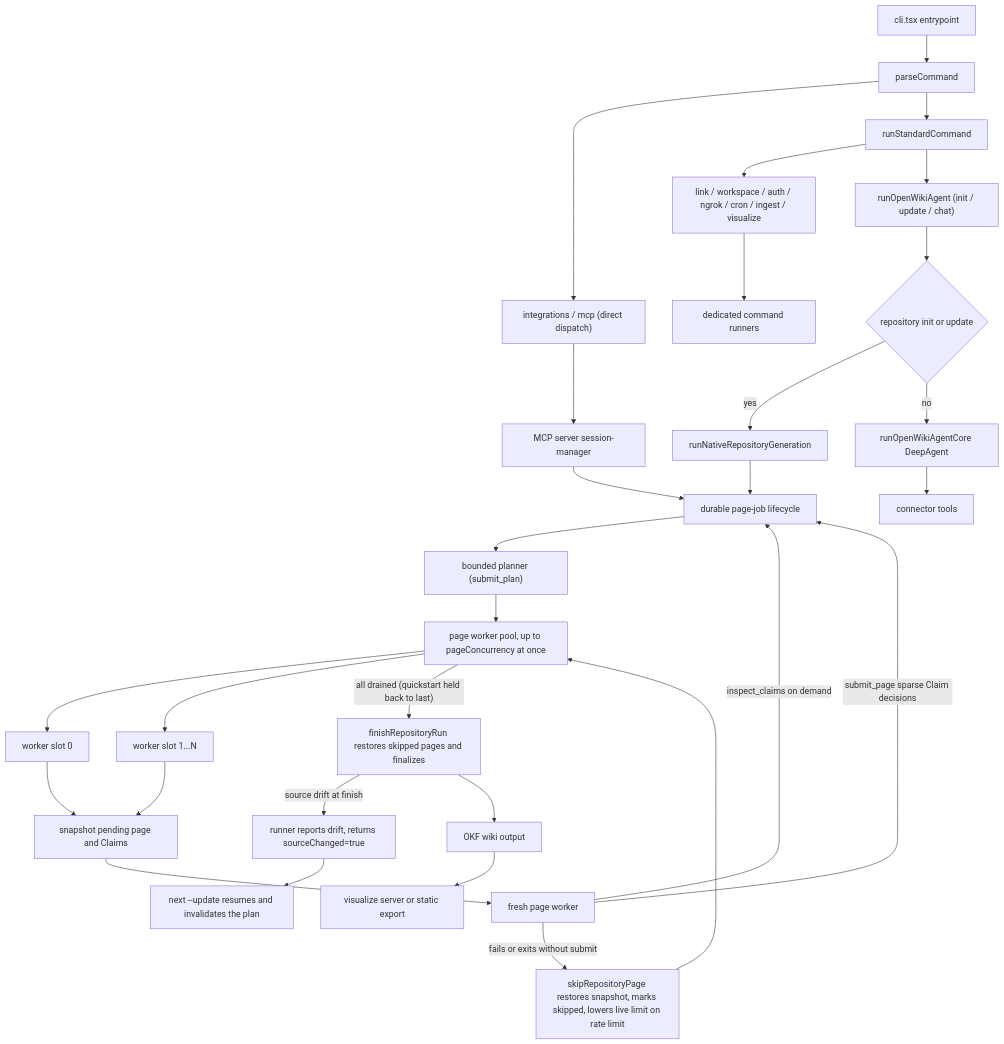
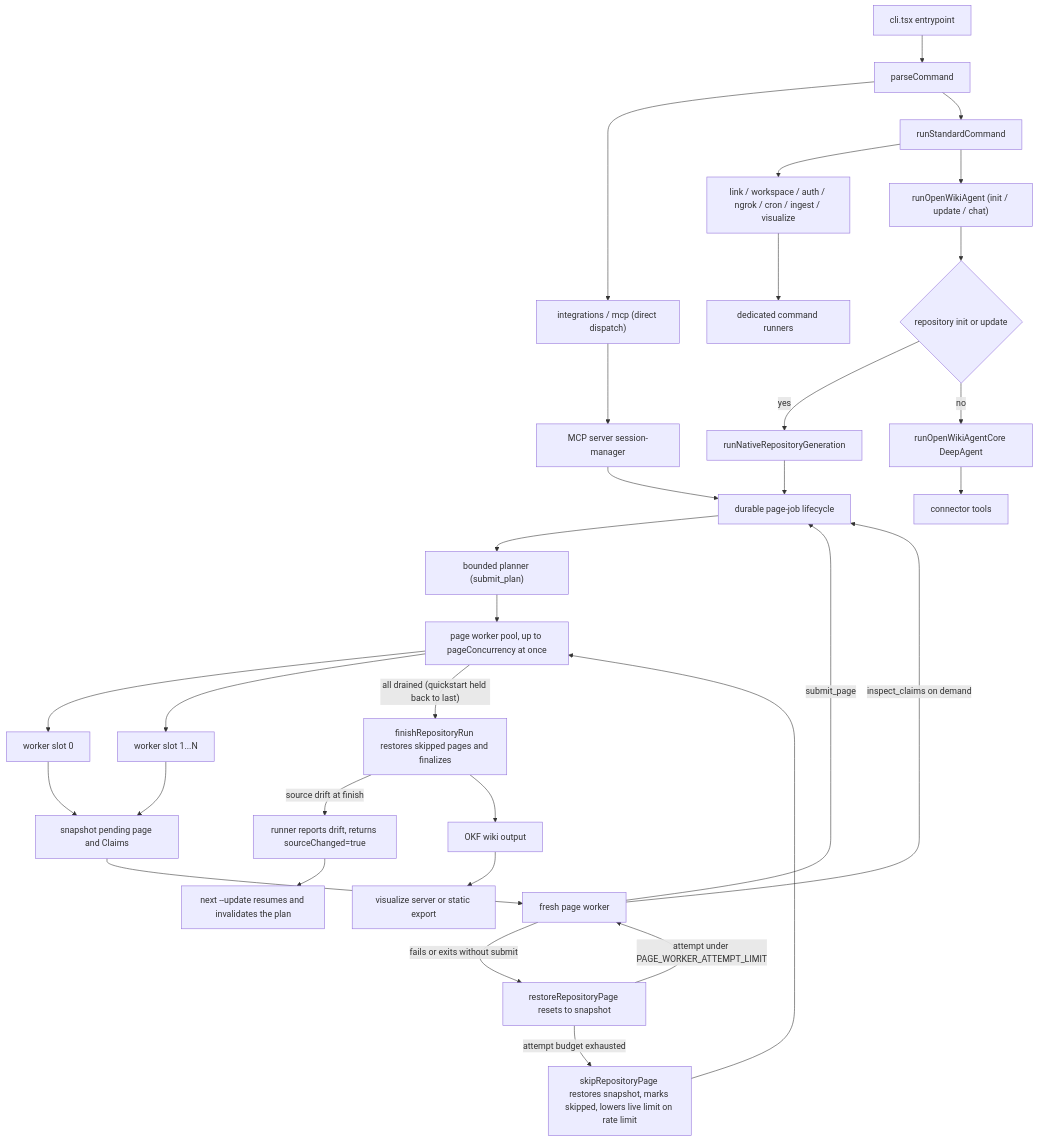
Before and after one commit to langchain-ai/openwiki: the first of 2 diagrams in openwiki/architecture/overview.md, drawn with Mermaid. The commit also changed other lines of this file and 48 other files, not shown here.

````diff
--- a/openwiki/architecture/overview.md
+++ b/openwiki/architecture/overview.md
@@ -79,32 +82,34 @@
 ```mermaid
 flowchart TD
   CLI["cli.tsx entrypoint"] --> Parse["parseCommand"]
   Parse --> Integ["integrations / mcp (direct dispatch)"]
   Parse --> Std["runStandardCommand"]
   Std --> Direct["link / workspace / auth / ngrok / cron / ingest / visualize"]
   Direct --> Runners["dedicated command runners"]
   Std --> RunAgent["runOpenWikiAgent (init / update / chat)"]
   RunAgent --> RepoGen{"repository init or update"}
   RepoGen -->|yes| NativeRun["runNativeRepositoryGeneration"]
   RepoGen -->|no| Core["runOpenWikiAgentCore DeepAgent"]
   NativeRun --> Lifecycle["durable page-job lifecycle"]
   Integ --> McpServer["MCP server session-manager"]
   McpServer --> Lifecycle
   Core --> Connectors["connector tools"]
   Lifecycle --> Planner["bounded planner (submit_plan)"]
   Planner --> Pool["page worker pool, up to pageConcurrency at once"]
   Pool --> Slot1["worker slot 0"]
   Pool --> Slot2["worker slot 1...N"]
   Slot1 --> Snapshot["snapshot pending page and Claims"]
   Slot2 --> Snapshot
   Snapshot --> PageWorker["fresh page worker"]
-  PageWorker -->|"fails or exits without submit"| Skip["skipRepositoryPage restores snapshot, marks skipped, lowers live limit on rate limit"]
+  PageWorker -->|"submit_page"| Lifecycle
+  PageWorker -->|"fails or exits without submit"| Retry["restoreRepositoryPage resets to snapshot"]
+  Retry -->|"attempt under PAGE_WORKER_ATTEMPT_LIMIT"| PageWorker
+  Retry -->|"attempt budget exhausted"| Skip["skipRepositoryPage restores snapshot, marks skipped, lowers live limit on rate limit"]
   Skip --> Pool
   PageWorker -->|"inspect_claims on demand"| Lifecycle
-  PageWorker -->|"submit_page sparse Claim decisions"| Lifecycle
   Pool -->|"all drained (quickstart held back to last)"| Finalize["finishRepositoryRun restores skipped pages and finalizes"]
   Finalize -->|"source drift at finish"| Report["runner reports drift, returns sourceChanged=true"]
   Report --> LaterUpdate["next --update resumes and invalidates the plan"]
   Finalize --> Wiki["OKF wiki output"]
   Wiki --> Viz["visualize server or static export"]
 ```
````
